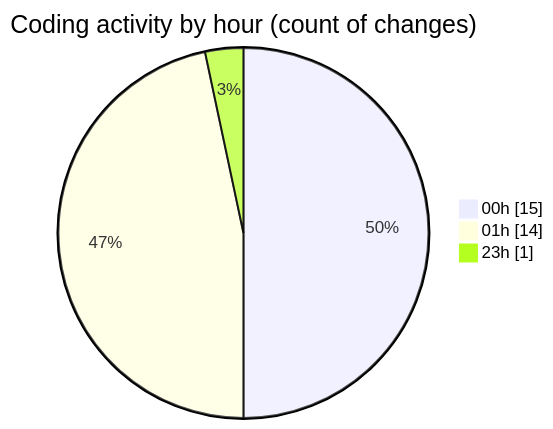
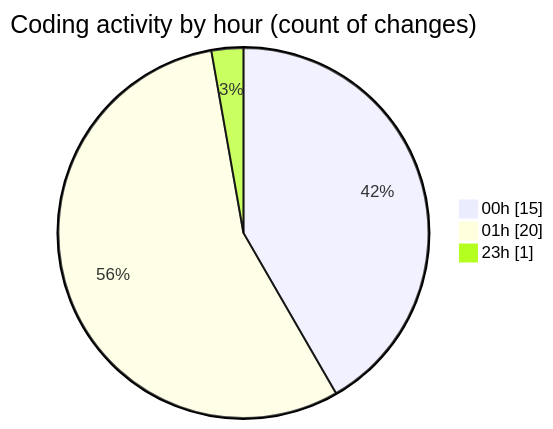
The second of 2 diagrams in 2025-08-04/studybuddy/README.md (lephambinh05/code-tracking), drawn with Mermaid before and after one commit. The commit also changed other lines of this file and 1 other file, not shown here.

````diff
--- a/2025-08-04/studybuddy/README.md
+++ b/2025-08-04/studybuddy/README.md
@@ -36,7 +42,7 @@
 ```mermaid
 pie showData
 title Coding activity by hour (count of changes)
 "00h" : 15
-"01h" : 14
+"01h" : 20
 "23h" : 1
 ```
````
